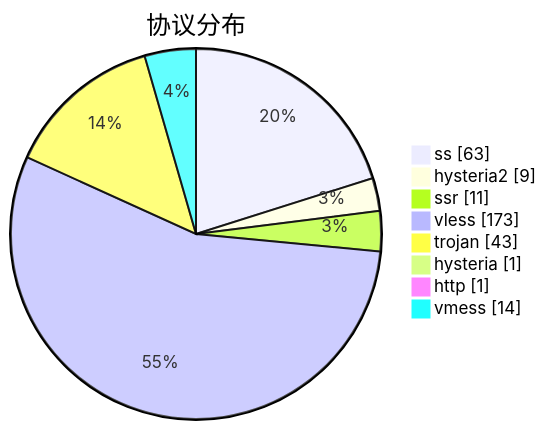
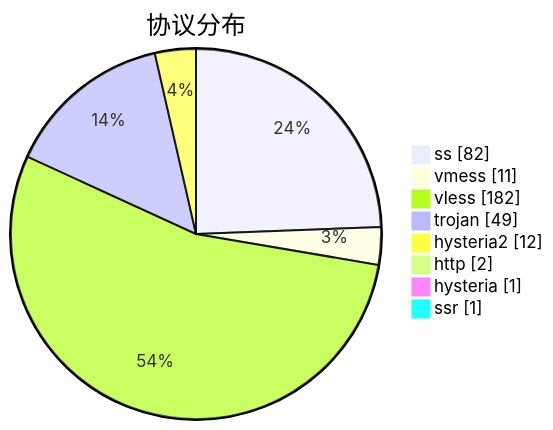
Before and after one commit to sinspired/airport: the third of 3 diagrams in subs/statistics/tested_within.md, drawn with Mermaid. The commit also changed other lines of this file and 2 other files, not shown here.

````diff
--- a/subs/statistics/tested_within.md
+++ b/subs/statistics/tested_within.md
@@ -41,12 +44,12 @@
 ```mermaid
 pie showData
 title 协议分布
-"ss" : 63
-"hysteria2" : 9
-"ssr" : 11
-"vless" : 173
-"trojan" : 43
+"ss" : 82
+"vmess" : 11
+"vless" : 182
+"trojan" : 49
+"hysteria2" : 12
+"http" : 2
 "hysteria" : 1
-"http" : 1
-"vmess" : 14
+"ssr" : 1
 ```
````
